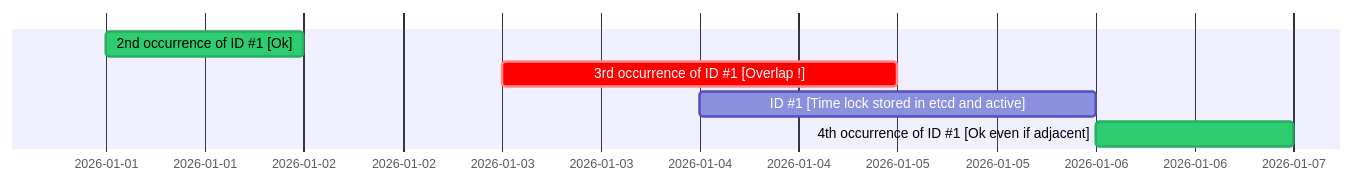
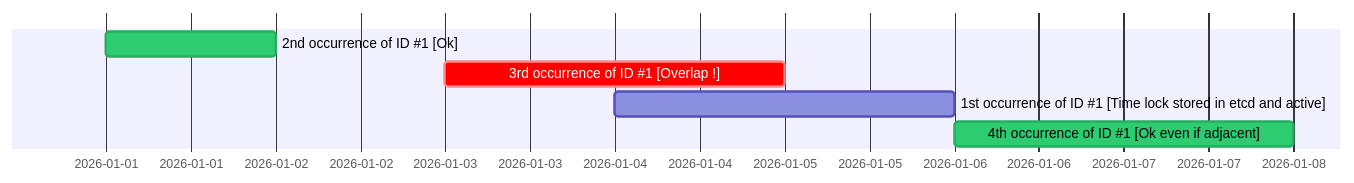
Before and after one commit to laurentlmx/timegate: the diagram in README.md, drawn with Mermaid.

````diff
--- a/README.md
+++ b/README.md
@@ -20,13 +20,13 @@
 ```mermaid
 %%{ init: { 
   'themeVariables': { 'activeTaskBkgColor': '#2ecc71', 'activeTaskBorderColor': '#27ae60' },
   'themeCSS': '.tick text { display: none !important; } .grid .tick line { display: none !important; }'
 } }%%
 gantt
     dateFormat YYYY-MM-DD
 
     2nd occurrence of ID #1 [Ok] : active, 2026-01-01, 2026-01-02
     3rd occurrence of ID #1 [Overlap !] : crit, 2026-01-03, 2026-01-05
-    ID #1 [Time lock stored in etcd and active] : 2026-01-04, 2026-01-06
-    4th occurrence of ID #1 [Ok even if adjacent] : active, 2026-01-06, 2026-01-07
+    1st occurrence of ID #1 [Time lock stored in etcd and active] : 2026-01-04, 2026-01-06
+    4th occurrence of ID #1 [Ok even if adjacent] : active, 2026-01-06, 2026-01-08
 ```
````
